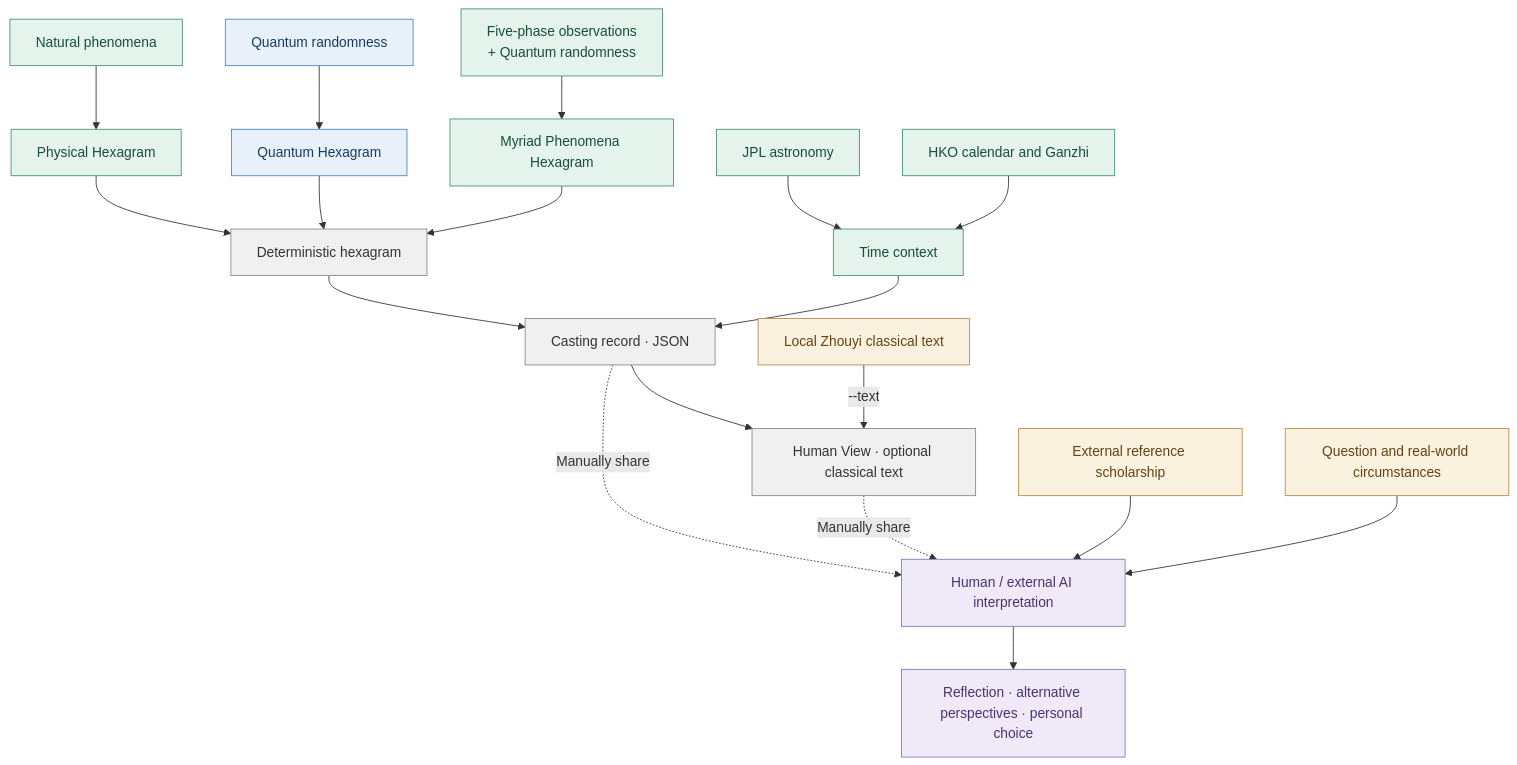
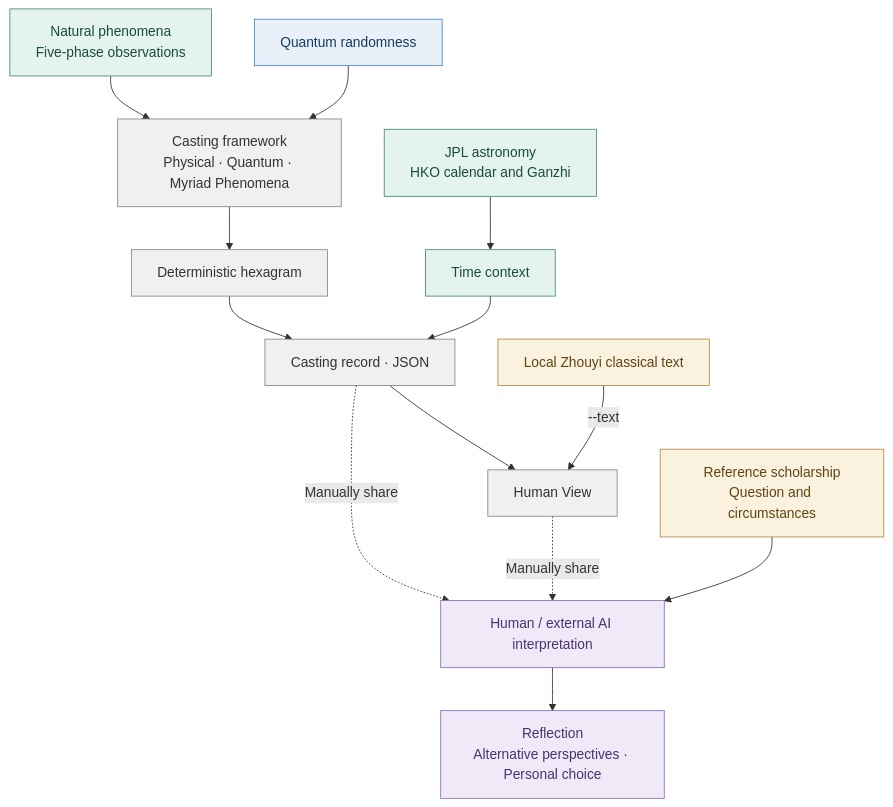
Before and after one commit to cctsao1008/trng-iching: the diagram in README.md, drawn with Mermaid.

Commit message:
docs: compact architecture diagram in README.md

````diff
--- a/README.md
+++ b/README.md
@@ -236,33 +236,33 @@
 ```mermaid
 flowchart TD
-    N["Natural phenomena"] --> PH["Physical Hexagram"]
-    Q["Quantum randomness"] --> QH["Quantum Hexagram"]
-    F["Five-phase observations<br/>+ Quantum randomness"] --> MH["Myriad Phenomena Hexagram"]
+    N["Natural phenomena<br/>Five-phase observations"] --> M["Casting framework<br/>Physical · Quantum · Myriad Phenomena"]
+    Q["Quantum randomness"] --> M
+    M --> H["Deterministic hexagram"]
 
-    PH --> H["Deterministic hexagram"]
-    QH --> H
-    MH --> H
+    A["JPL astronomy<br/>HKO calendar and Ganzhi"] --> T["Time context"]
 
-    A["JPL astronomy"] --> T["Time context"]
-    C["HKO calendar and Ganzhi"] --> T
     H --> R["Casting record · JSON"]
     T --> R
-    R --> V["Human View · optional classical text"]
+
+    R --> V["Human View"]
     Z["Local Zhouyi classical text"] -->|"--text"| V
+
     R -. Manually share .-> I["Human / external AI interpretation"]
     V -. Manually share .-> I
-    S["External reference scholarship"] --> I
-    P["Question and real-world circumstances"] --> I
-    I --> O["Reflection · alternative perspectives · personal choice"]
+
+    S["Reference scholarship<br/>Question and circumstances"] --> I
+
+    I --> O["Reflection<br/>Alternative perspectives · Personal choice"]
 
     classDef randomness fill:#e8f1fa,stroke:#4786c6,color:#173b60
     classDef science fill:#e5f3ed,stroke:#468e78,color:#194c3c
     classDef record fill:#f0f0f0,stroke:#888,color:#333
     classDef references fill:#faf1df,stroke:#b58b4b,color:#604414
     classDef reflection fill:#f0eaf8,stroke:#8c72b5,color:#49336e
-    class Q,QH randomness
-    class N,PH,F,MH,A,C,T science
-    class H,R,V record
-    class Z,S,P references
+
+    class Q randomness
+    class N,A,T science
+    class M,H,R,V record
+    class Z,S references
     class I,O reflection
 ```
````
